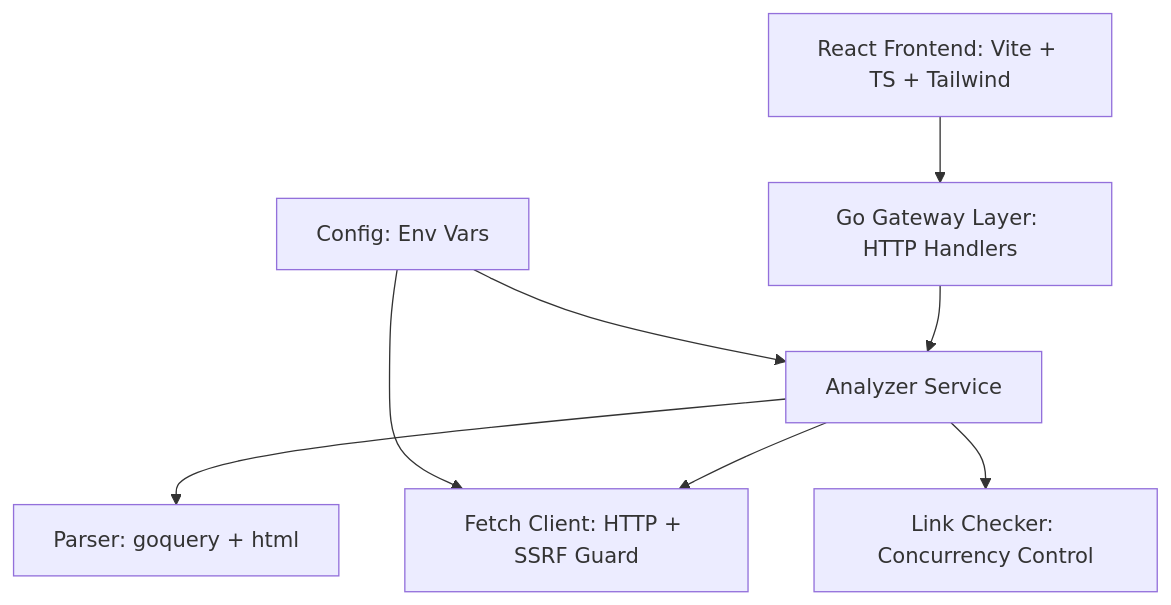
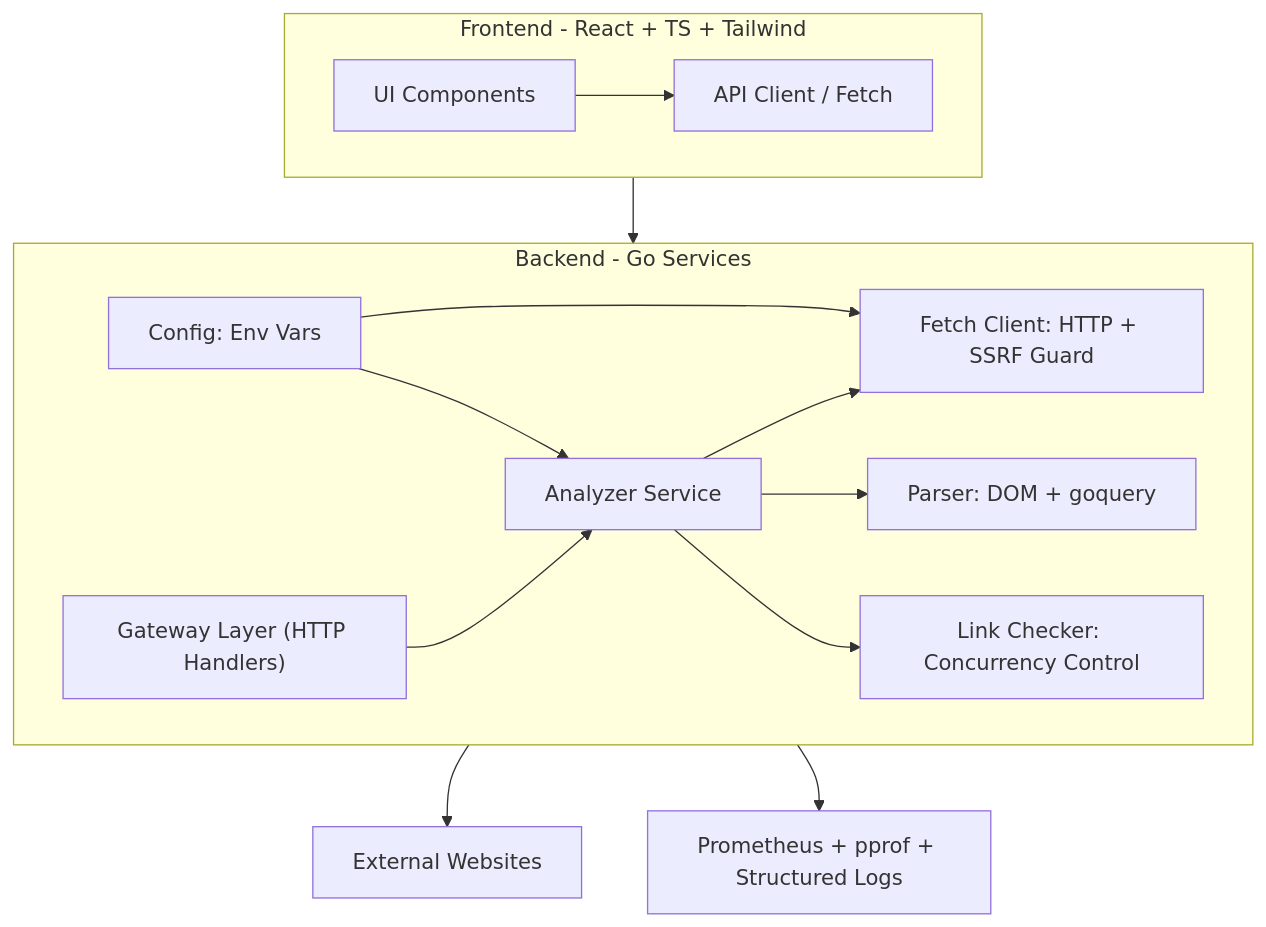
The diagram in docs/ARCHITECTURE.md (ChanakaWithanage/page-analyzer), drawn with Mermaid before and after one commit. The commit also changed other lines of this file and 4 other files, not shown here.

````diff
--- a/docs/ARCHITECTURE.md
+++ b/docs/ARCHITECTURE.md
@@ -18,10 +20,20 @@
 ```mermaid
 flowchart TD
-    A[React Frontend: Vite + TS + Tailwind] --> B[Go Gateway Layer: HTTP Handlers]
-    B --> C[Analyzer Service]
-    C --> D[Fetch Client: HTTP + SSRF Guard]
-    C --> E[Parser: goquery + html]
-    C --> F[Link Checker: Concurrency Control]
-    G[Config: Env Vars] --> C
-    G --> D
+  subgraph FE["Frontend - React + TS + Tailwind"]
+    A["UI Components"] --> B["API Client / Fetch"]
+  end
+
+  subgraph BE["Backend - Go Services"]
+    B1["Gateway Layer (HTTP Handlers)"] --> B2["Analyzer Service"]
+    B2 --> B3["Fetch Client: HTTP + SSRF Guard"]
+    B2 --> B4["Parser: DOM + goquery"]
+    B2 --> B5["Link Checker: Concurrency Control"]
+    C["Config: Env Vars"] --> B2
+    C --> B3
+  end
+
+  FE --> BE
+  BE --> EXT["External Websites"]
+  BE --> OBS["Prometheus + pprof + Structured Logs"]
+
 ```
````
